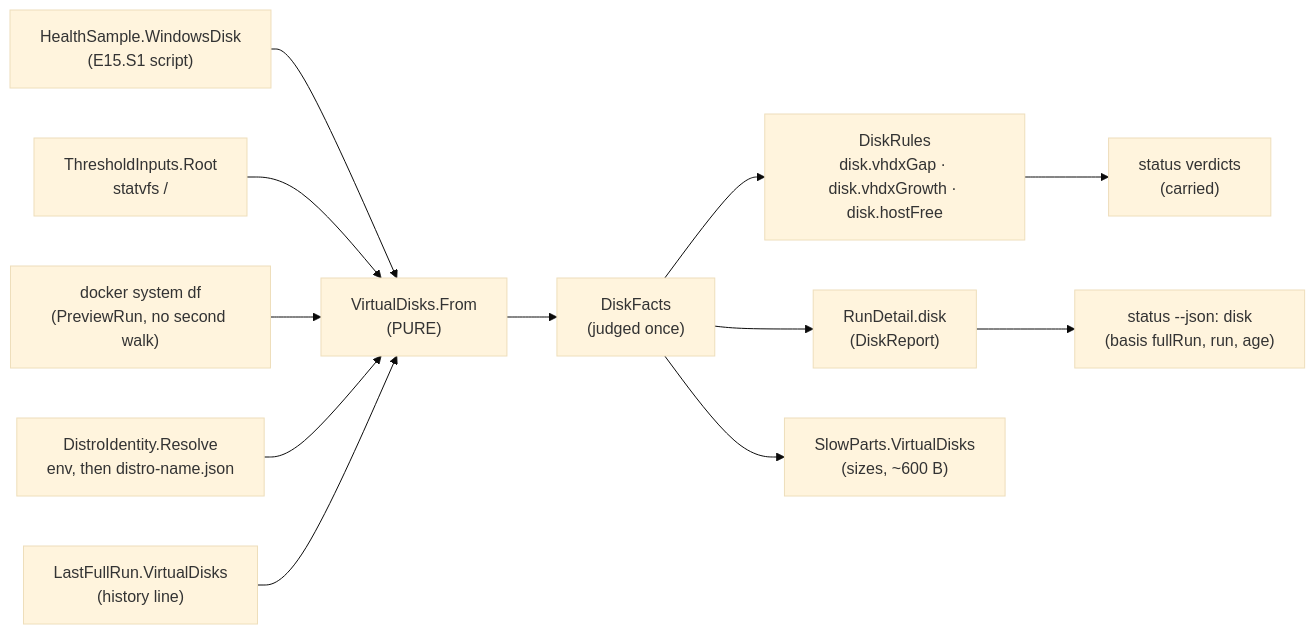
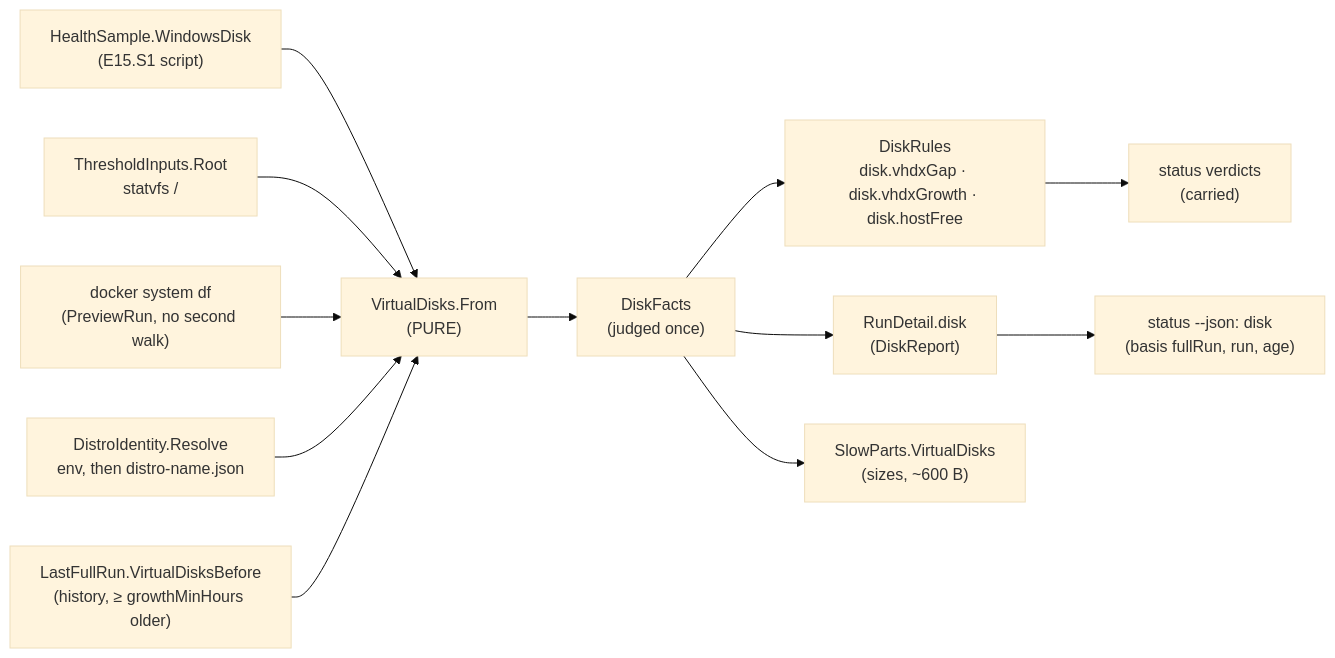
One commit to oleksandrdubyna88/wsl_care changed the sixth of 6 diagrams in research/module_daemon.md. Above: the diagram before and after it, drawn with Mermaid (base theme). The commit also changed other lines of this file and 16 other files, not shown here.

````diff
--- a/research/module_daemon.md
+++ b/research/module_daemon.md
@@ -303,14 +303,14 @@
 ```mermaid
 flowchart LR
     sample["HealthSample.WindowsDisk<br/>(E15.S1 script)"] --> vd["VirtualDisks.From<br/>(PURE)"]
     root["ThresholdInputs.Root<br/>statvfs /"] --> vd
     df["docker system df<br/>(PreviewRun, no second walk)"] --> vd
     name["DistroIdentity.Resolve<br/>env, then distro-name.json"] --> vd
-    prev["LastFullRun.VirtualDisks<br/>(history line)"] --> vd
+    prev["LastFullRun.VirtualDisksBefore<br/>(history, ≥ growthMinHours older)"] --> vd
     vd --> facts["DiskFacts<br/>(judged once)"]
     facts --> rules["DiskRules<br/>disk.vhdxGap · disk.vhdxGrowth · disk.hostFree"]
     facts --> report["RunDetail.disk<br/>(DiskReport)"]
     facts --> slow["SlowParts.VirtualDisks<br/>(sizes, ~600 B)"]
     report --> status["status --json: disk<br/>(basis fullRun, run, age)"]
     rules --> verdicts["status verdicts<br/>(carried)"]
 ```
````
